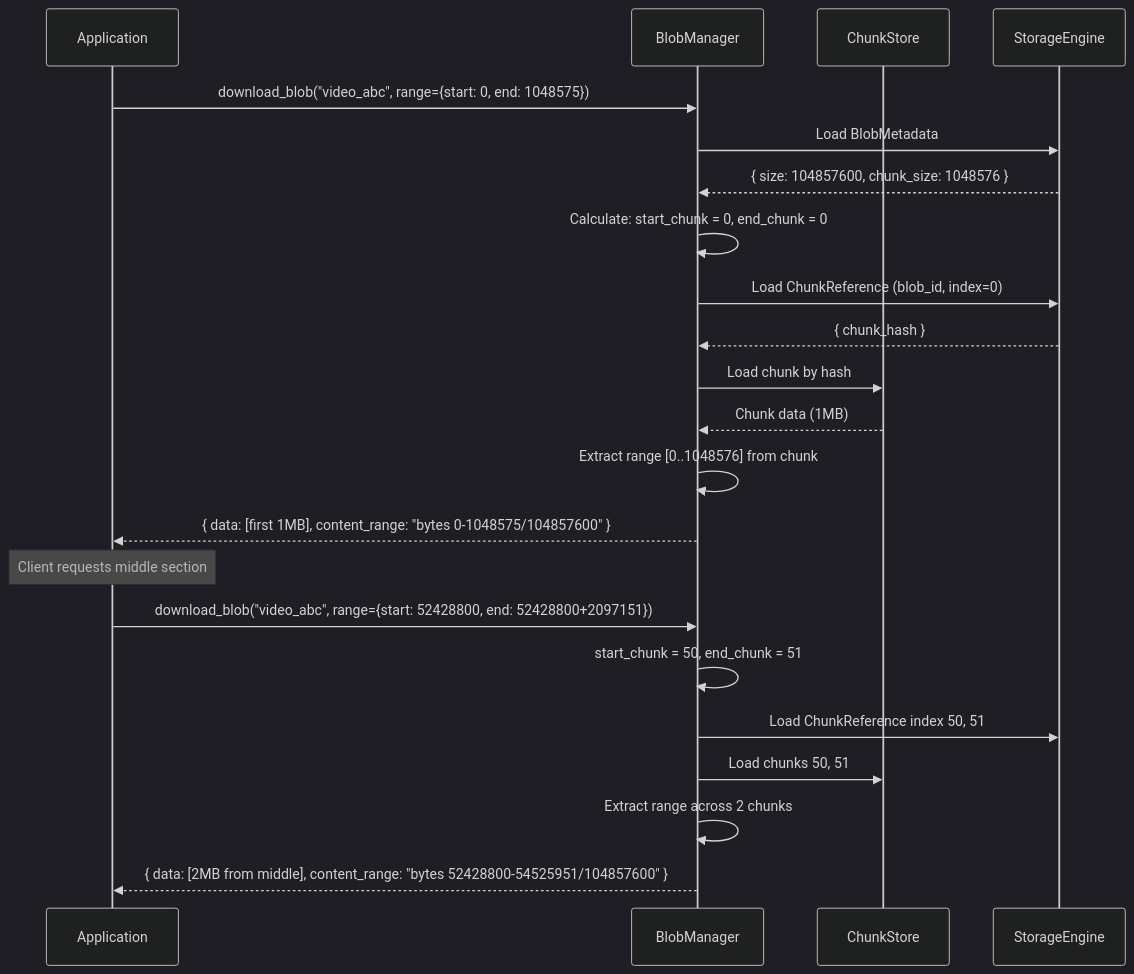
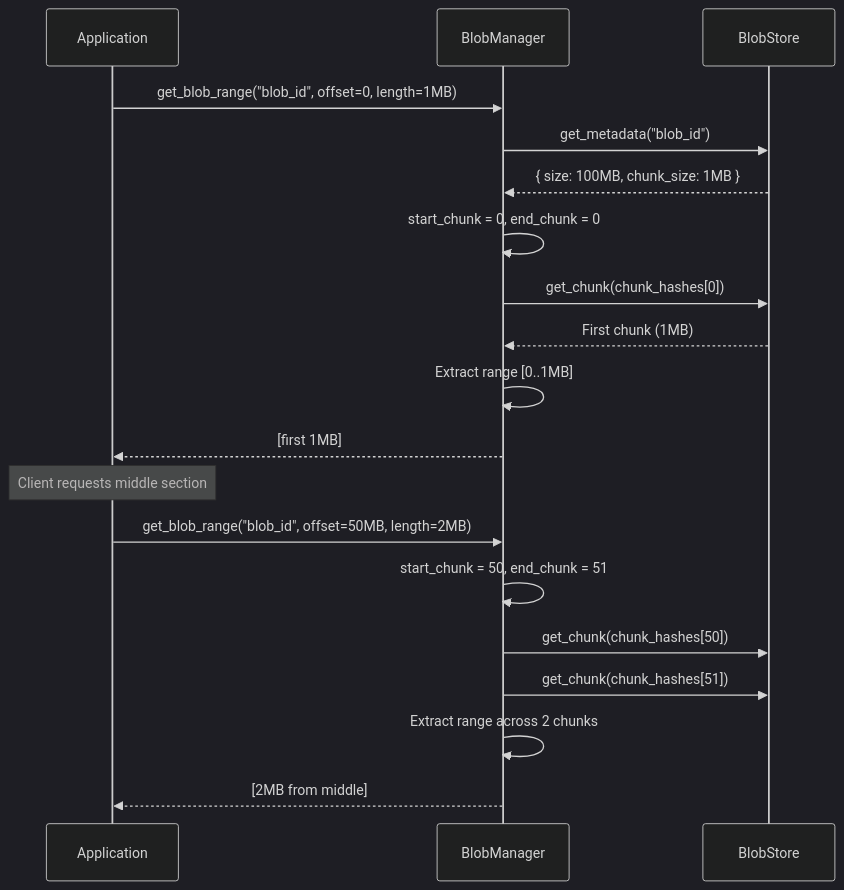
The ninth of 12 diagrams in docs/20-blob-storage.md (Icarus-afk/Nova-Runtime), drawn with Mermaid (dark theme) before and after one commit. The commit also changed other lines of this file and 7 other files, not shown here.

First line of the commit message:
Update architecture docs to match Phase 3 implementation

````diff
--- a/docs/20-blob-storage.md
+++ b/docs/20-blob-storage.md
@@ -1587,35 +1027,26 @@
 ```mermaid
 sequenceDiagram
     participant A as Application
     participant BM as BlobManager
-    participant CH as ChunkStore
-    participant SE as StorageEngine
+    participant ST as BlobStore
 
-    A->>BM: download_blob("video_abc", range={start: 0, end: 1048575})
+    A->>BM: get_blob_range("blob_id", offset=0, length=1MB)
+    BM->>ST: get_metadata("blob_id")
+    ST-->>BM: { size: 100MB, chunk_size: 1MB }
     
-    BM->>SE: Load BlobMetadata
-    SE-->>BM: { size: 104857600, chunk_size: 1048576 }
+    BM->>BM: start_chunk = 0, end_chunk = 0
     
-    BM->>BM: Calculate: start_chunk = 0, end_chunk = 0
-    
-    BM->>SE: Load ChunkReference (blob_id, index=0)
-    SE-->>BM: { chunk_hash }
-    
-    BM->>CH: Load chunk by hash
-    CH-->>BM: Chunk data (1MB)
-    
-    BM->>BM: Extract range [0..1048576] from chunk
-    
-    BM-->>A: { data: [first 1MB], content_range: "bytes 0-1048575/104857600" }
+    BM->>ST: get_chunk(chunk_hashes[0])
+    ST-->>BM: First chunk (1MB)
+    BM->>BM: Extract range [0..1MB]
+    BM-->>A: [first 1MB]
     
     Note over A: Client requests middle section
     
-    A->>BM: download_blob("video_abc", range={start: 52428800, end: 52428800+2097151})
-    
+    A->>BM: get_blob_range("blob_id", offset=50MB, length=2MB)
     BM->>BM: start_chunk = 50, end_chunk = 51
-    BM->>SE: Load ChunkReference index 50, 51
-    BM->>CH: Load chunks 50, 51
-    
+    BM->>ST: get_chunk(chunk_hashes[50])
+    BM->>ST: get_chunk(chunk_hashes[51])
     BM->>BM: Extract range across 2 chunks
-    BM-->>A: { data: [2MB from middle], content_range: "bytes 52428800-54525951/104857600" }
+    BM-->>A: [2MB from middle]
 ```
````
